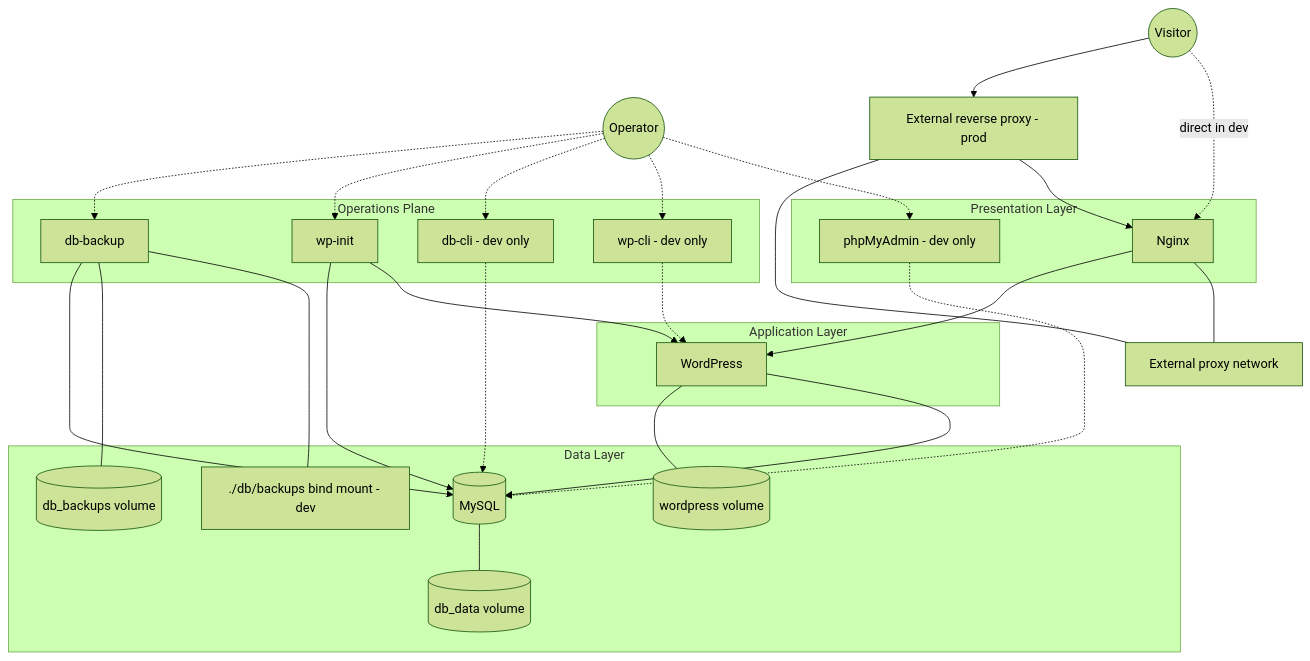
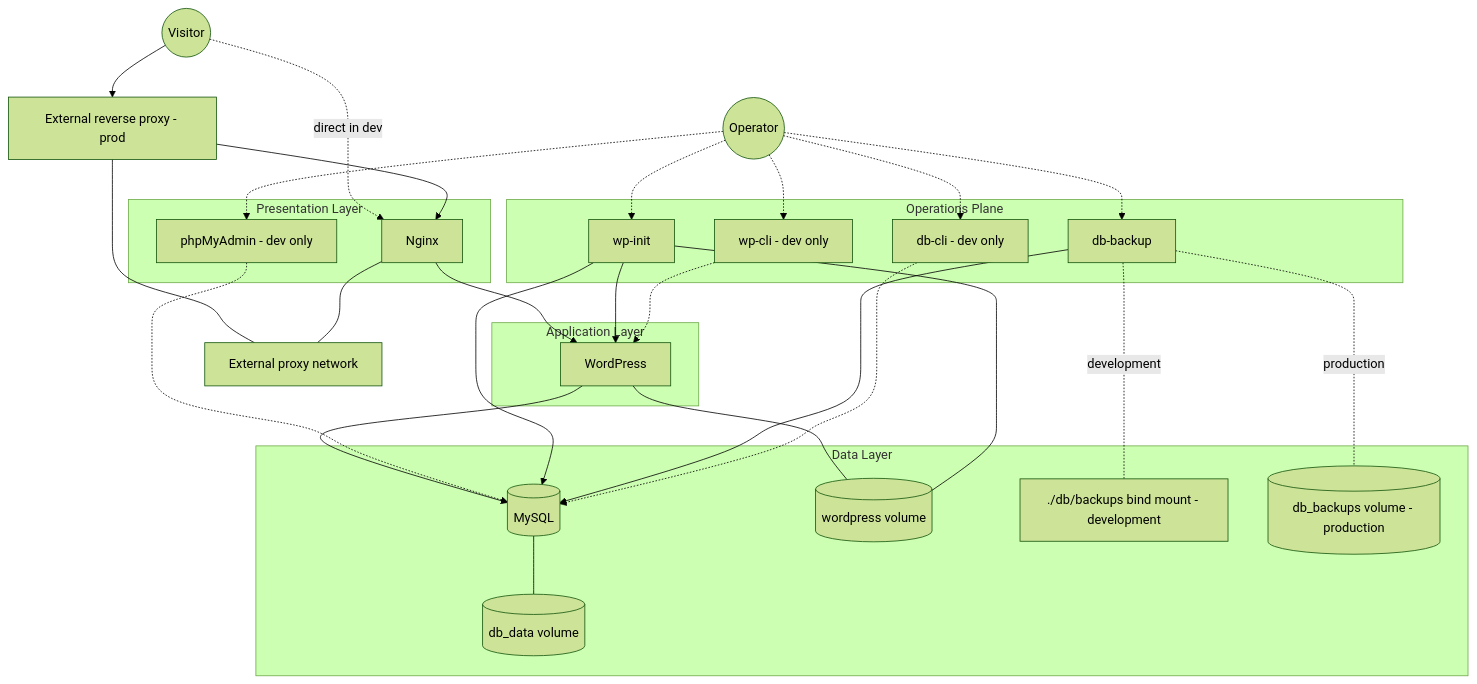
The second of 2 diagrams in README.md (taygumus/wp-docker-stack), drawn with Mermaid (forest theme) before and after one commit. The commit also changed other lines of this file, not shown here.

````diff
--- a/README.md
+++ b/README.md
@@ -229,57 +229,58 @@
 ```mermaid
 flowchart TB
     Visitor((Visitor))
     Operator((Operator))
 
     Proxy["External reverse proxy - prod"]
     ProxyNet["External proxy network"]
 
     subgraph Edge [Presentation Layer]
         Nginx[Nginx]
         PMA["phpMyAdmin - dev only"]
     end
 
     subgraph App [Application Layer]
         WP[WordPress]
     end
 
     subgraph Data [Data Layer]
         DB[(MySQL)]
         V_DB[(db_data volume)]
         V_WP[(wordpress volume)]
-        V_BKP_DEV["./db/backups bind mount - dev"]
-        V_BKP_PROD[(db_backups volume)]
+        V_BKP_DEV["./db/backups bind mount - development"]
+        V_BKP_PROD[(db_backups volume - production)]
     end
 
     subgraph Ops [Operations Plane]
         WP_INIT[wp-init]
         DB_BACKUP[db-backup]
         WP_CLI["wp-cli - dev only"]
         DB_CLI["db-cli - dev only"]
     end
 
     Visitor -. direct in dev .-> Nginx
     Visitor --> Proxy --> Nginx
     Proxy --- ProxyNet
     Nginx --- ProxyNet
 
     Nginx --> WP --> DB
 
     DB --- V_DB
     WP --- V_WP
-    DB_BACKUP --- V_BKP_DEV
-    DB_BACKUP --- V_BKP_PROD
+    WP_INIT --- V_WP
+    DB_BACKUP -. development .- V_BKP_DEV
+    DB_BACKUP -. production .- V_BKP_PROD
 
     PMA -.-> DB
     WP_INIT --> WP
     WP_INIT --> DB
     DB_BACKUP --> DB
     WP_CLI -.-> WP
     DB_CLI -.-> DB
 
     Operator -.-> PMA
     Operator -.-> WP_CLI
     Operator -.-> DB_CLI
     Operator -.-> WP_INIT
     Operator -.-> DB_BACKUP
 ```
````
